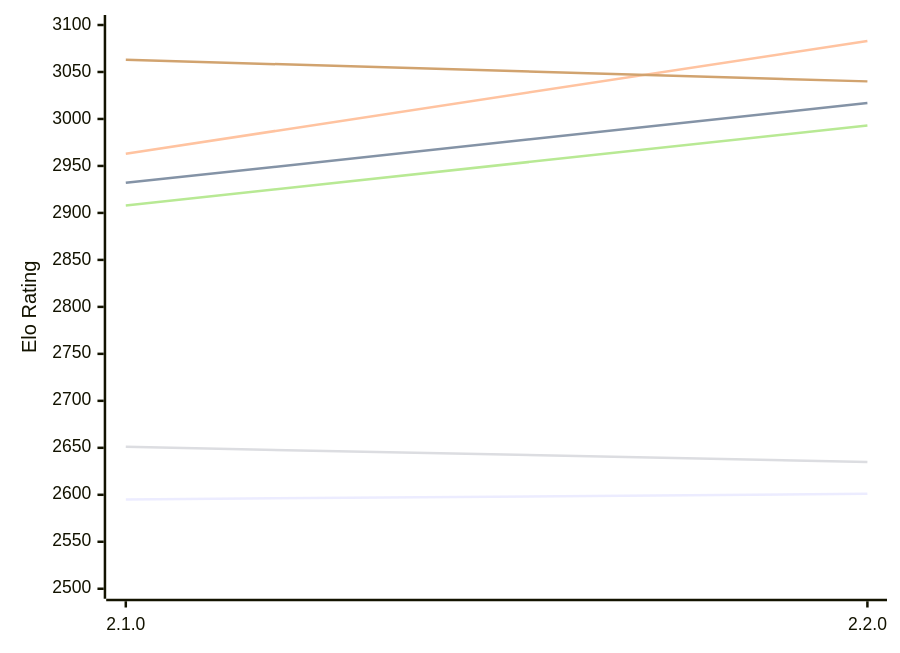
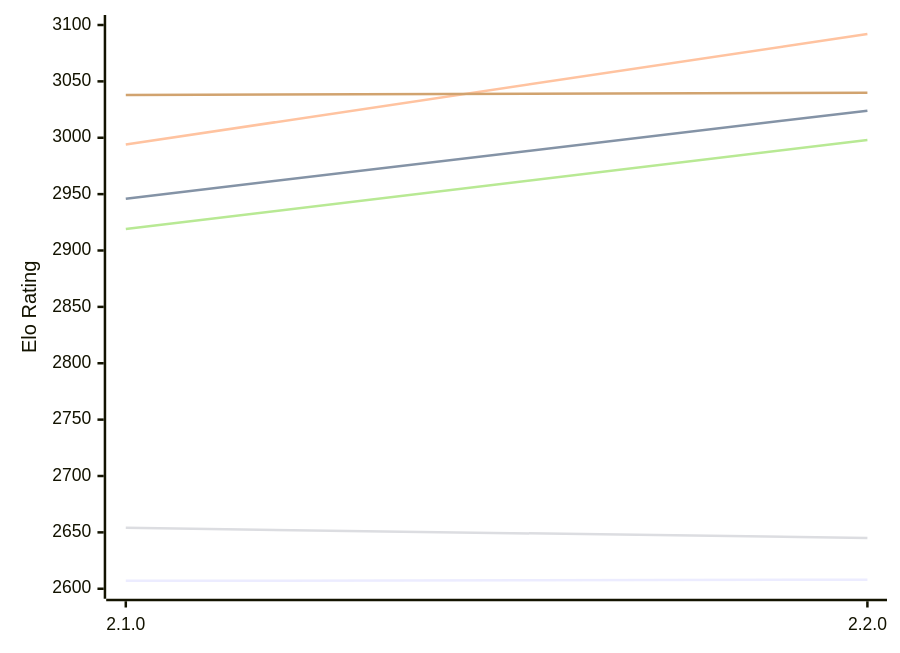
The first of 2 diagrams in engines/Aspen.md (computer-chess-index/cci), drawn with Mermaid before and after one commit. The commit also changed other lines of this file, not shown here.

Commit message:
Update CCI Ratings (ELO VLTC) - 2026-11-16

````diff
--- a/engines/Aspen.md
+++ b/engines/Aspen.md
@@ -52,12 +52,12 @@
 ```mermaid
 %%{init: {"theme":"base","themeVariables":{"seriesColors:['#a3a3a3','#222221','#faa371']}}}%%
 xychart-beta
   x-axis ["2.1.0", "2.2.0"]
-  y-axis "Elo Rating" 2500 --> 3100
-  line "E1: STC (8.0+0.08s)" [2595, 2601]
-  line "E1: LTC (60.0+0.60s)" [2932, 3017]
-  line "E1: VLTC (2m24s+1.12s)" [2963, 3083]
-  line "P1: STC (8.0+0.08s)" [2651, 2635]
-  line "P1: LTC (60.0+0.60s)" [2908, 2993]
-  line "P1: VLTC (2m24s+1.12s)" [3063, 3040]
+  y-axis "Elo Rating" 2600 --> 3100
+  line "E1: STC (8.0+0.08s)" [2607, 2608]
+  line "E1: LTC (60.0+0.60s)" [2946, 3024]
+  line "E1: VLTC (2m24s+1.12s)" [2994, 3092]
+  line "P1: STC (8.0+0.08s)" [2654, 2645]
+  line "P1: LTC (60.0+0.60s)" [2919, 2998]
+  line "P1: VLTC (2m24s+1.12s)" [3038, 3040]
 ```
````
